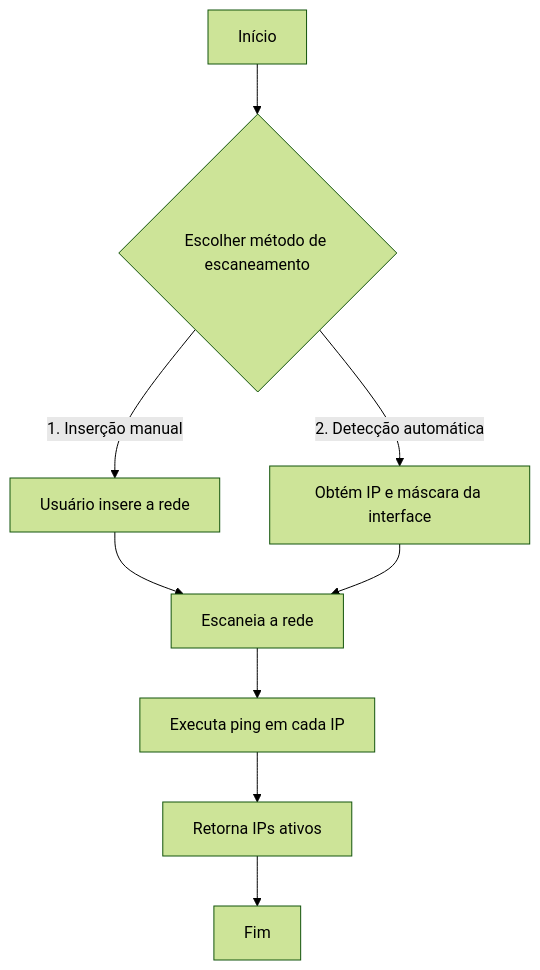
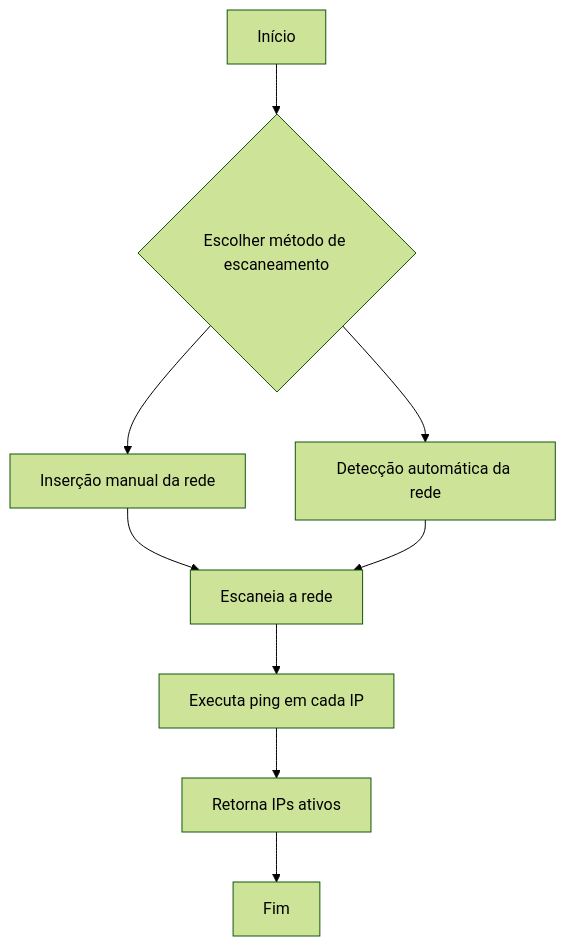
One commit to Artur-S-Souza/NetworkScanner changed the diagram in README.md. Above: the diagram before and after it, drawn with Mermaid (forest theme).

````diff
--- a/README.md
+++ b/README.md
@@ -36,11 +36,11 @@
 ```mermaid
 flowchart TD
     A[Início] --> B{Escolher método de escaneamento}
-    B -->|1. Inserção manual| C[Usuário insere a rede]
-    B -->|2. Detecção automática| D[Obtém IP e máscara da interface]
+    B --> C[Inserção manual da rede]
+    B --> D[Detecção automática da rede]
     C --> E[Escaneia a rede]
     D --> E
     E --> F[Executa ping em cada IP]
     F --> G[Retorna IPs ativos]
     G --> H[Fim]
 ```
````
